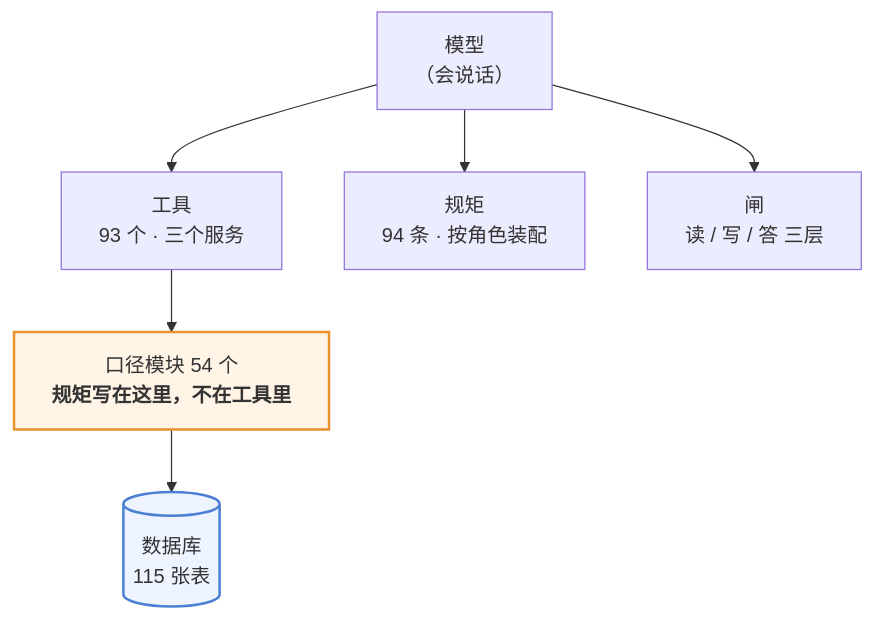
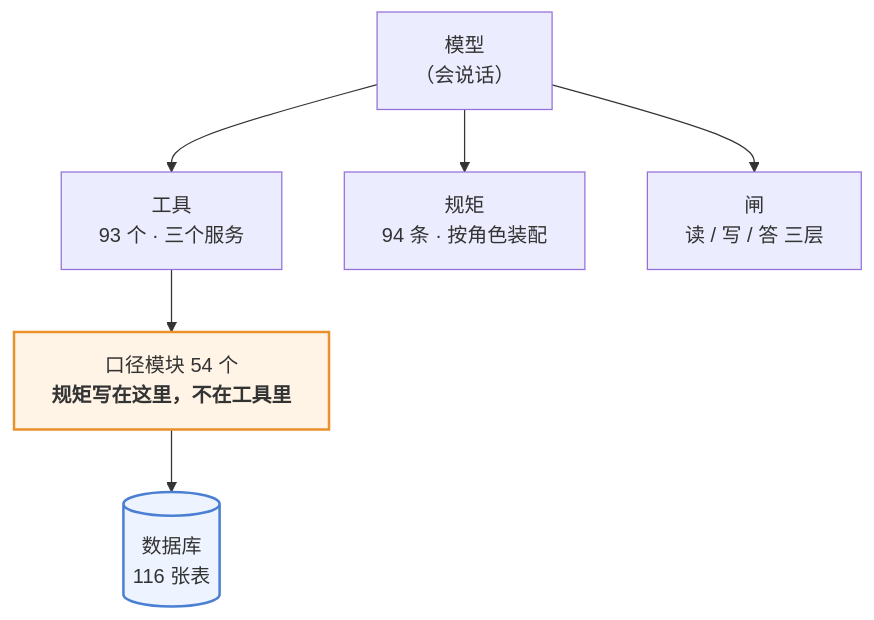
One commit to 843773296-rgb/lanxiu-yunshang-agent changed the first of 3 diagrams in 澜绣云裳agent-产品说明.md. Above: the diagram before and after it, drawn with Mermaid. The commit also changed other lines of this file and 8 other files, not shown here.

````diff
--- a/澜绣云裳agent-产品说明.md
+++ b/澜绣云裳agent-产品说明.md
@@ -62,12 +62,12 @@
 ```mermaid
 flowchart TD
     M["模型<br/>（会说话）"]
     M --> T["工具<br/>93 个 · 三个服务"]
     M --> R["规矩<br/>94 条 · 按角色装配"]
     M --> G["闸<br/>读 / 写 / 答 三层"]
     T --> K["口径模块 54 个<br/><b>规矩写在这里，不在工具里</b>"]
-    K --> DB[("数据库<br/>115 张表")]
+    K --> DB[("数据库<br/>116 张表")]
 
     style K fill:#fff4e6,stroke:#e8912d,stroke-width:2px
     style DB fill:#eef4ff,stroke:#4a7fd4,stroke-width:2px
 ```
````
